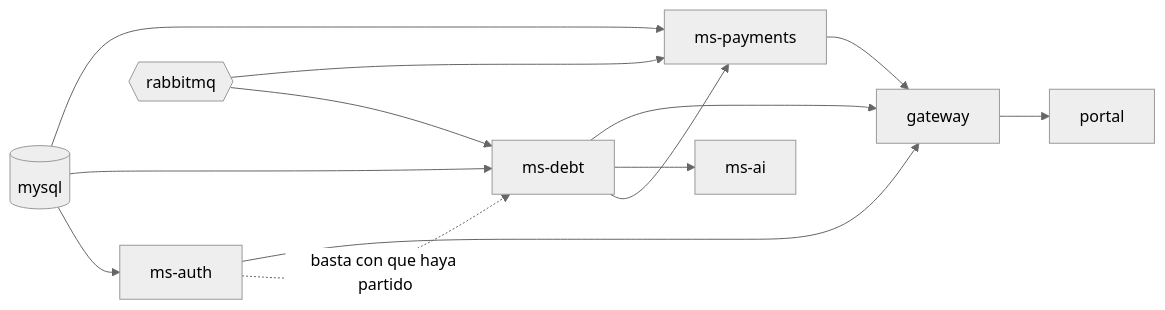
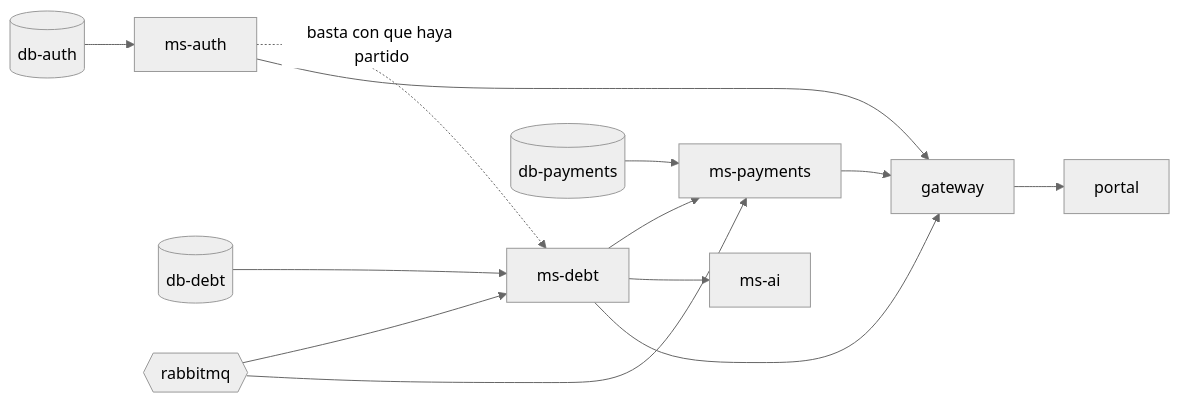
The second of 3 diagrams in docs/diagramas/despliegue.md (TechnicalBridge/DataBridge), drawn with Mermaid (neutral theme) before and after one commit. The commit also changed other lines of this file and 16 other files, not shown here.

````diff
--- a/docs/diagramas/despliegue.md
+++ b/docs/diagramas/despliegue.md
@@ -83,15 +98,15 @@
 ```mermaid
 flowchart LR
-    MY[("mysql")] --> AUTH["ms-auth"]
-    MY --> DEBT["ms-debt"]
-    MY --> PAY["ms-payments"]
+    BA[("db-auth")] --> AUTH["ms-auth"]
+    BD[("db-debt")] --> DEBT["ms-debt"]
+    BP[("db-payments")] --> PAY["ms-payments"]
     MQ{{"rabbitmq"}} --> DEBT
     MQ --> PAY
     AUTH -.->|"basta con que haya partido"| DEBT
     DEBT --> PAY
     DEBT --> AI["ms-ai"]
     AUTH --> GW["gateway"]
     DEBT --> GW
     PAY --> GW
     GW --> POR["portal"]
 ```
````
